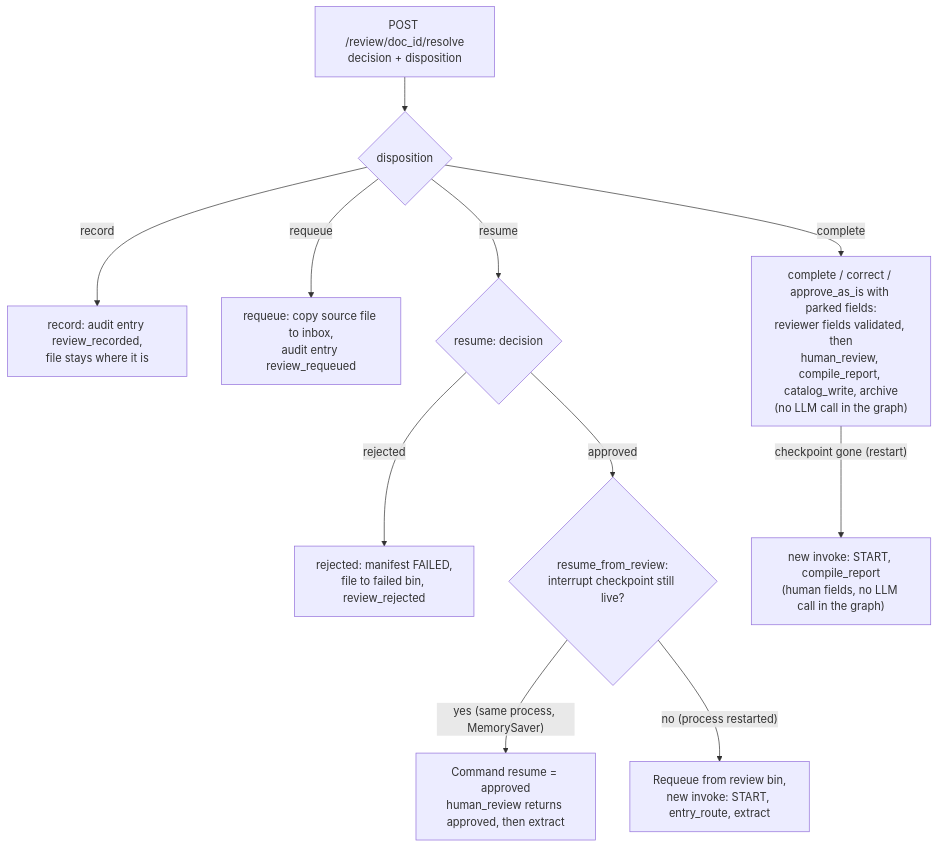
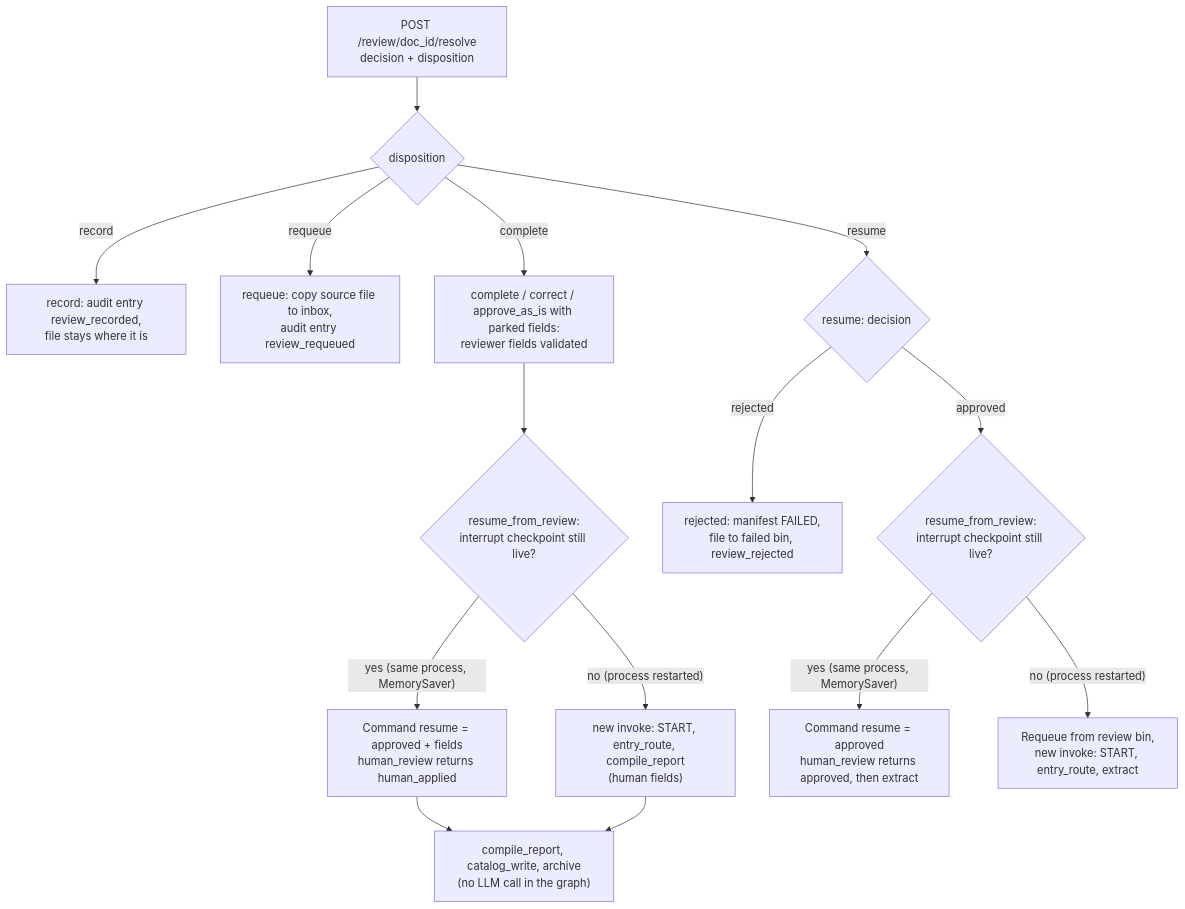
The third of 3 diagrams in docs/the-pipeline-in-depth/flowchart.md (Exios66/llm-mailroom), drawn with Mermaid before and after one commit. The commit also changed other lines of this file and 1 other file, not shown here.

Commit message:
docs(review): resolution contract, human-field routes, LLM scope and label scope (#203 review)
Claude-Session: https://claude.ai/code/session_01TxteyivTLCbqk7HPA4B1Jn

````diff
--- a/docs/the-pipeline-in-depth/flowchart.md
+++ b/docs/the-pipeline-in-depth/flowchart.md
@@ -306,25 +309,30 @@
 ```mermaid
 flowchart TD
     REQ["POST /review/doc_id/resolve<br/>decision + disposition"]
     DISP{"disposition"}
     REC["record: audit entry review_recorded,<br/>file stays where it is"]
     REQ_IN["requeue: copy source file to inbox,<br/>audit entry review_requeued"]
-    COMP["complete / correct / approve_as_is with parked fields:<br/>reviewer fields validated, then<br/>human_review, compile_report, catalog_write, archive<br/>(no LLM call in the graph)"]
+    COMP["complete / correct / approve_as_is with parked fields:<br/>reviewer fields validated"]
+    RFRC{"resume_from_review:<br/>interrupt checkpoint still live?"}
+    CMDC["Command resume = approved + fields<br/>human_review returns human_applied"]
+    TAIL["compile_report, catalog_write, archive<br/>(no LLM call in the graph)"]
     DEC{"resume: decision"}
     REJ["rejected: manifest FAILED,<br/>file to failed bin, review_rejected"]
     RFR{"resume_from_review:<br/>interrupt checkpoint still live?"}
     CMD["Command resume = approved<br/>human_review returns approved, then extract"]
     FRESH["Requeue from review bin,<br/>new invoke: START, entry_route, extract"]
-    FRESHC["new invoke: START, compile_report<br/>(human fields, no LLM call in the graph)"]
+    FRESHC["new invoke: START, entry_route, compile_report<br/>(human fields)"]
 
     REQ --> DISP
     DISP -- "record" --> REC
     DISP -- "requeue" --> REQ_IN
     DISP -- "complete" --> COMP
-    COMP -- "checkpoint gone (restart)" --> FRESHC
+    COMP --> RFRC
+    RFRC -- "yes (same process, MemorySaver)" --> CMDC --> TAIL
+    RFRC -- "no (process restarted)" --> FRESHC --> TAIL
     DISP -- "resume" --> DEC
     DEC -- "rejected" --> REJ
     DEC -- "approved" --> RFR
     RFR -- "yes (same process, MemorySaver)" --> CMD
     RFR -- "no (process restarted)" --> FRESH
 ```
````
